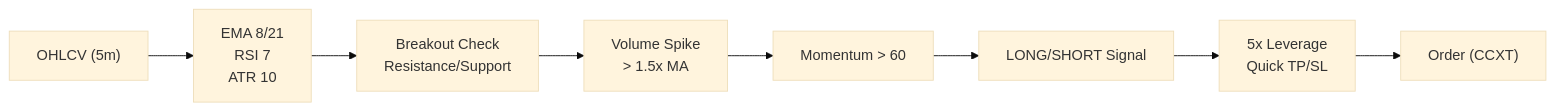
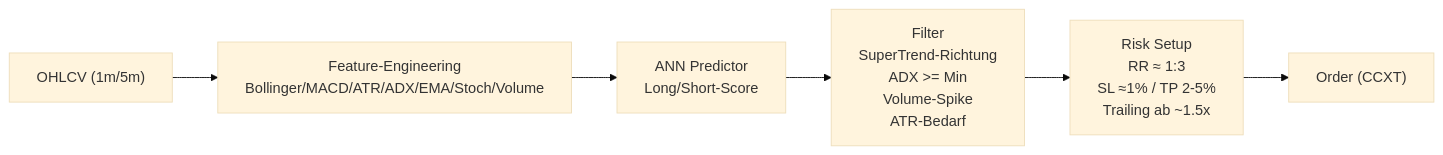
Before and after one commit to Youra82/dbot: the diagram in README.md, drawn with Mermaid (base theme). The commit also changed other lines of this file, not shown here.

Commit message:
Update strategy visualization to ANN scalper

````diff
--- a/README.md
+++ b/README.md
@@ -43,13 +43,11 @@
 ```mermaid
 flowchart LR
-    A["OHLCV (5m)"]
-    B["EMA 8/21<br/>RSI 7<br/>ATR 10"]
-    C["Breakout Check<br/>Resistance/Support"]
-    D["Volume Spike<br/>> 1.5x MA"]
-    E["Momentum > 60"]
-    F["LONG/SHORT Signal"]
-    G["5x Leverage<br/>Quick TP/SL"]
-    H["Order (CCXT)"]
+  A["OHLCV (1m/5m)"]
+  B["Feature-Engineering<br/>Bollinger/MACD/ATR/ADX/EMA/Stoch/Volume"]
+  C["ANN Predictor<br/>Long/Short-Score"]
+  D["Filter<br/>SuperTrend-Richtung<br/>ADX >= Min<br/>Volume-Spike<br/>ATR-Bedarf"]
+  E["Risk Setup<br/>RR ≈ 1:3<br/>SL ≈1% / TP 2-5%<br/>Trailing ab ~1.5x"]
+  F["Order (CCXT)"]
 
-    A --> B --> C --> D --> E --> F --> G --> H
+  A --> B --> C --> D --> E --> F
 ```
````
